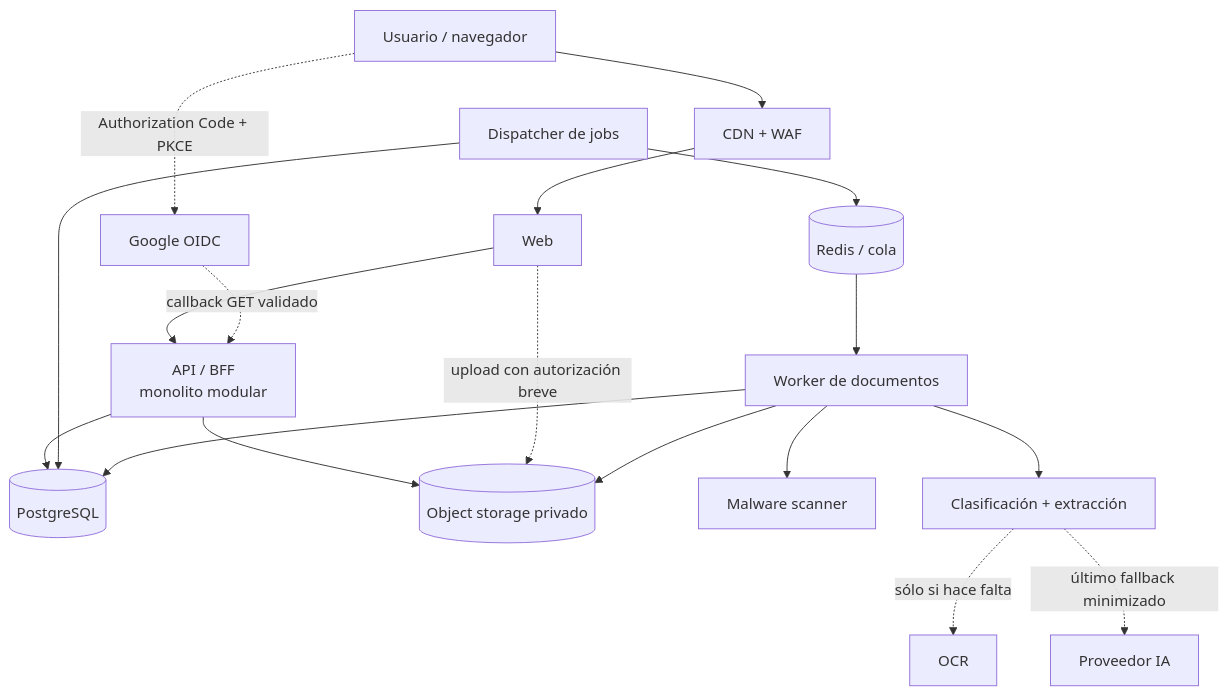
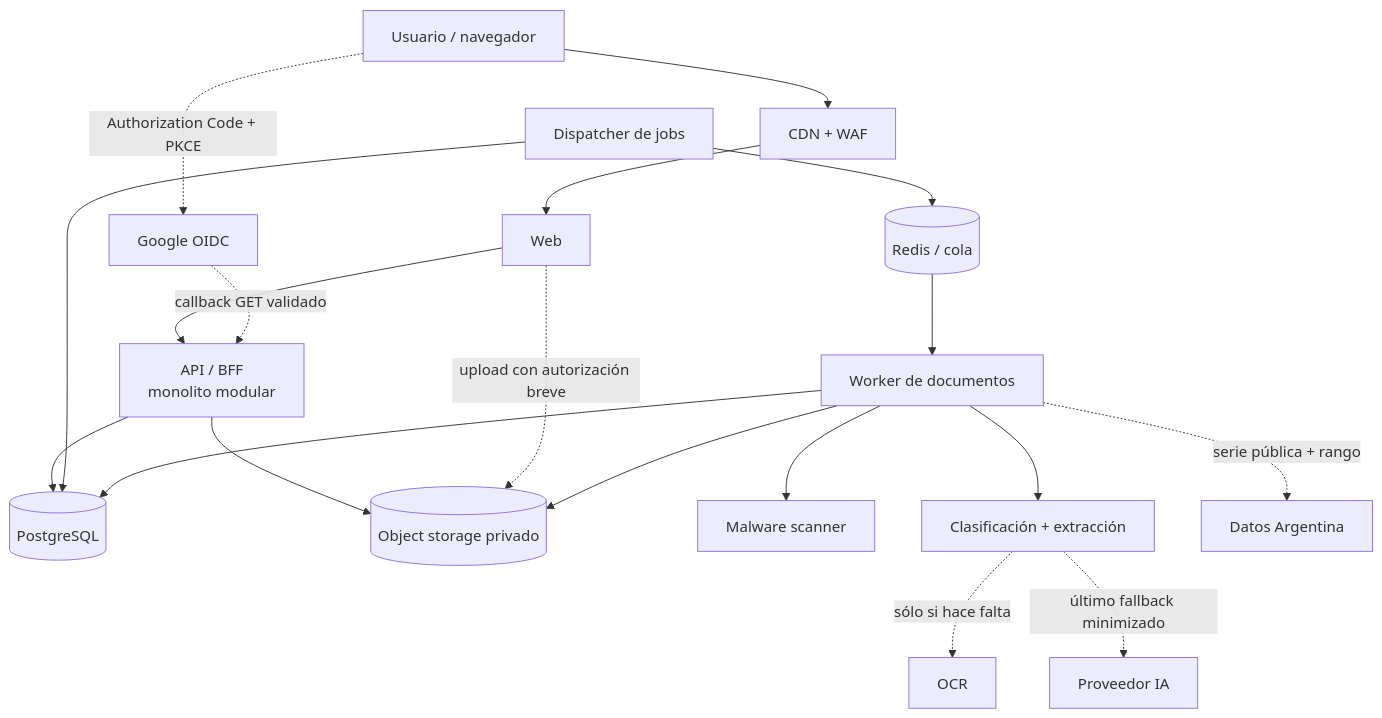
One commit to SebastianMacaya/Salarivo changed the diagram in docs/architecture/overview.md. Above: the diagram before and after it, drawn with Mermaid. The commit also changed other lines of this file and 38 other files, not shown here.

```diff
--- a/docs/architecture/overview.md
+++ b/docs/architecture/overview.md
@@ -16,20 +16,21 @@
 ~~~mermaid
 flowchart TB
     U[Usuario / navegador] --> E[CDN + WAF]
     U -. Authorization Code + PKCE .-> G[Google OIDC]
     E --> W[Web]
     W --> A[API / BFF<br/>monolito modular]
     G -. callback GET validado .-> A
     A --> P[(PostgreSQL)]
     A --> O[(Object storage privado)]
     W -. upload con autorización breve .-> O
     J[Dispatcher de jobs] --> P
     J --> Q[(Redis / cola)]
     Q --> K[Worker de documentos]
     K --> O
     K --> M[Malware scanner]
     K --> D[Clasificación + extracción]
     D -. sólo si hace falta .-> R[OCR]
     D -. último fallback minimizado .-> I[Proveedor IA]
+    K -. serie pública + rango .-> X[Datos Argentina]
     K --> P
 ~~~
```
